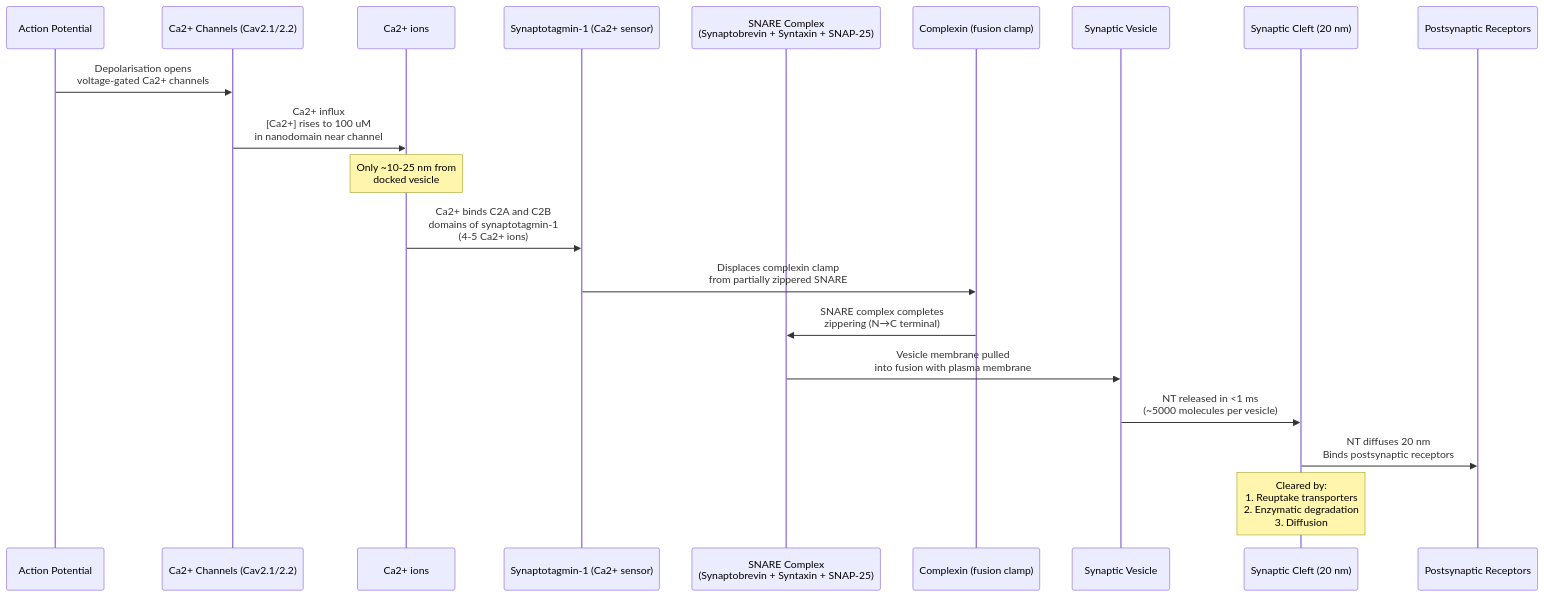
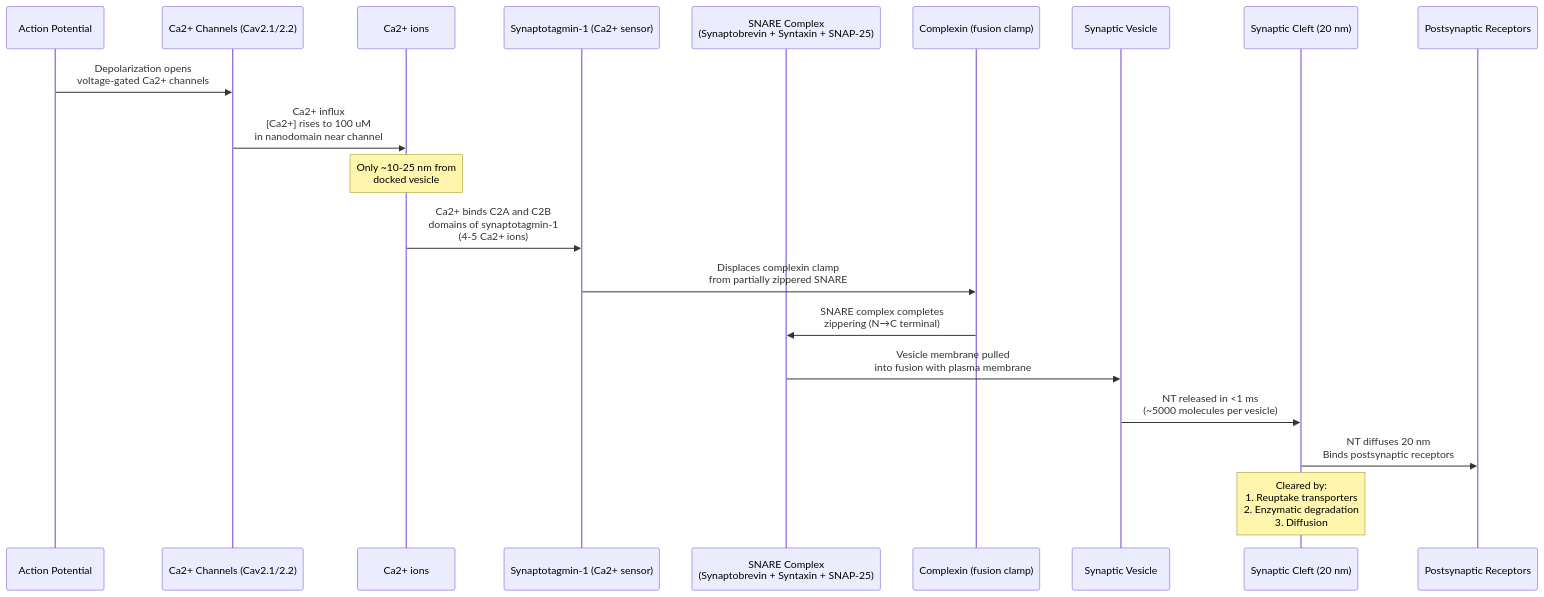
The second of 4 diagrams in manuscript/unit_IX/action_potential_synapses.md (docxology/biology_textbook), drawn with Mermaid before and after one commit. The commit also changed other lines of this file and 247 other files, not shown here.

````diff
--- a/manuscript/unit_IX/action_potential_synapses.md
+++ b/manuscript/unit_IX/action_potential_synapses.md
@@ -235,23 +238,23 @@
 ```mermaid
 sequenceDiagram
     participant AP as Action Potential
     participant VGCC as Ca2+ Channels (Cav2.1/2.2)
     participant Ca as Ca2+ ions
     participant Syt as Synaptotagmin-1 (Ca2+ sensor)
     participant SNARE as SNARE Complex<br/>(Synaptobrevin + Syntaxin + SNAP-25)
     participant Cpx as Complexin (fusion clamp)
     participant Ves as Synaptic Vesicle
     participant Cleft as Synaptic Cleft (20 nm)
     participant Rec as Postsynaptic Receptors
 
-    AP->>VGCC: Depolarisation opens<br/>voltage-gated Ca2+ channels
+    AP->>VGCC: Depolarization opens<br/>voltage-gated Ca2+ channels
     VGCC->>Ca: Ca2+ influx<br/>[Ca2+] rises to 100 uM<br/>in nanodomain near channel
     Note over Ca: Only ~10-25 nm from<br/>docked vesicle
     Ca->>Syt: Ca2+ binds C2A and C2B<br/>domains of synaptotagmin-1<br/>(4-5 Ca2+ ions)
     Syt->>Cpx: Displaces complexin clamp<br/>from partially zippered SNARE
     Cpx->>SNARE: SNARE complex completes<br/>zippering (N→C terminal)
     SNARE->>Ves: Vesicle membrane pulled<br/>into fusion with plasma membrane
     Ves->>Cleft: NT released in <1 ms<br/>(~5000 molecules per vesicle)
     Cleft->>Rec: NT diffuses 20 nm<br/>Binds postsynaptic receptors
     Note over Cleft: Cleared by:<br/>1. Reuptake transporters<br/>2. Enzymatic degradation<br/>3. Diffusion
 ```
````
